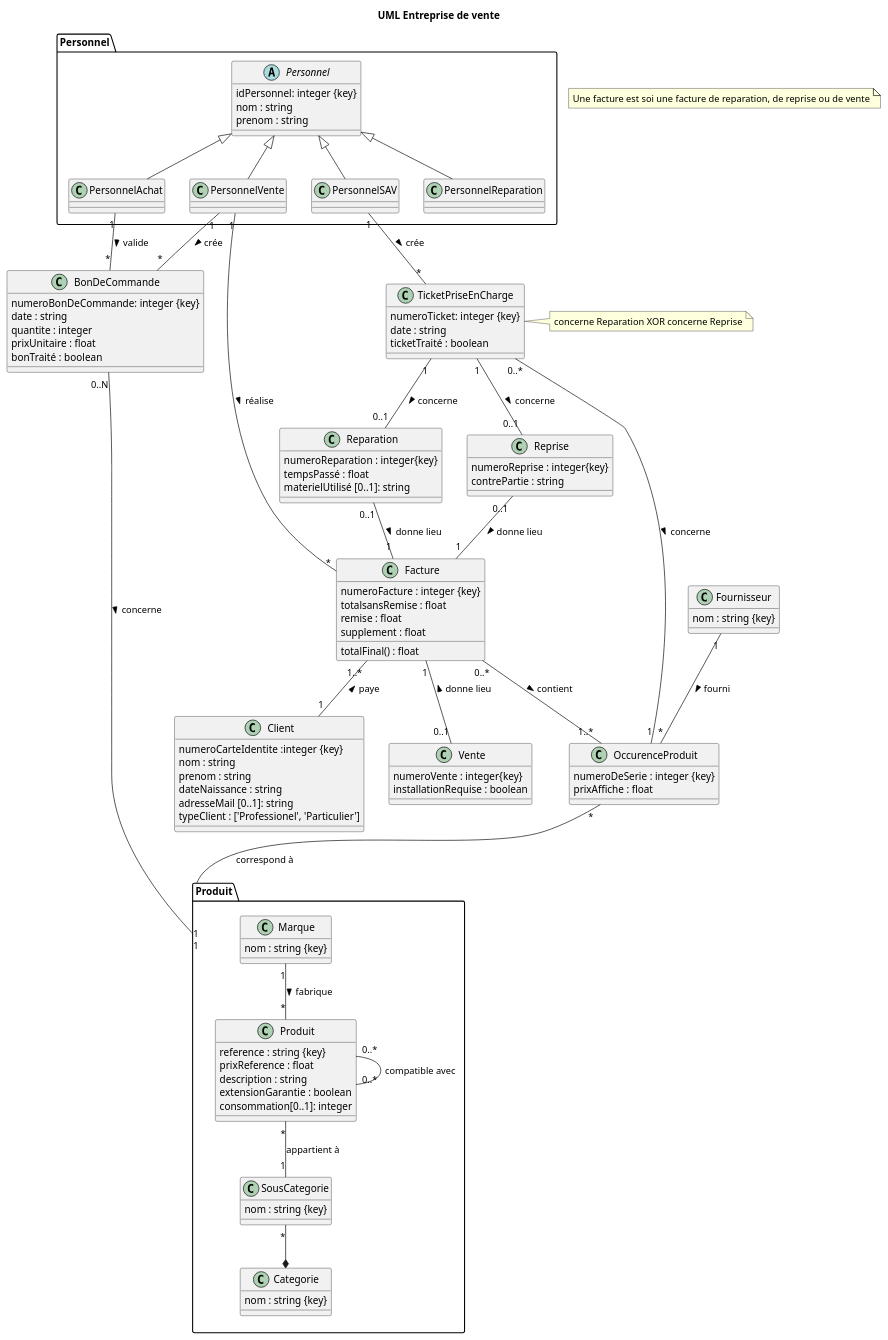
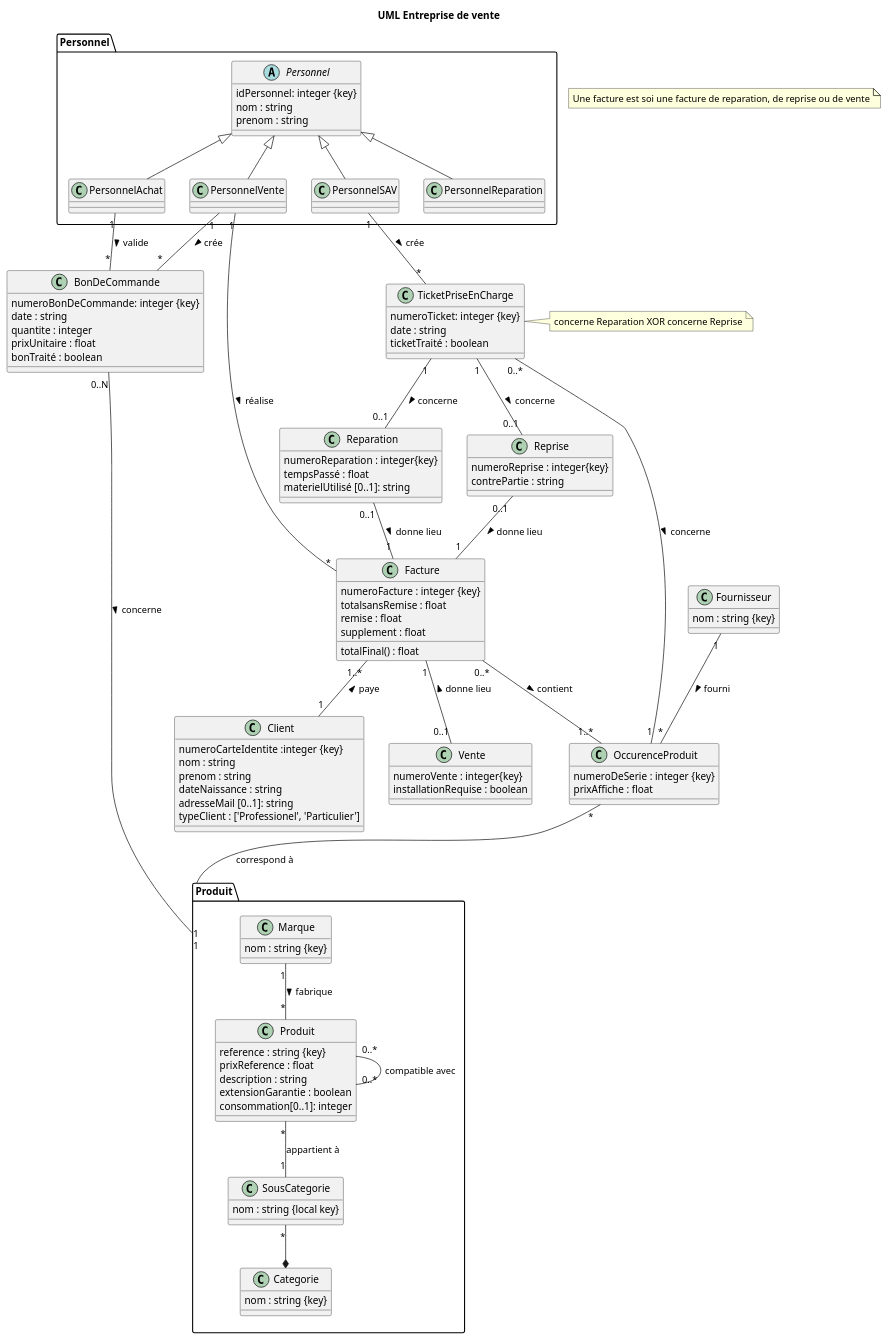
The diagram in MCD.plantuml (mariaidrissi/Entreprise-de-vente), drawn with PlantUML before and after one commit.

Commit message:
Update {local key} sur SousCategorie MCD.plantuml

```diff
--- a/MCD.plantuml
+++ b/MCD.plantuml
@@ -1,147 +1,147 @@
 @startuml
 title UML Entreprise de vente
 
 package Produit {
 
 class Produit {
   reference : string {key}
   prixReference : float
   description : string
   extensionGarantie : boolean
   consommation[0..1]: integer
 }
 
 
 Produit "0..*" --  "0..*" Produit : compatible avec
 
 Marque "1" -- "*" Produit : fabrique >
 
 class Marque {
 	nom : string {key}
 }
 
 class Categorie {
 	nom : string {key}
 }
 
 class SousCategorie {
-	nom : string {key}
+	nom : string {local key}
 }
 
 SousCategorie "*" --* Categorie
 Produit  "*" -- "1" SousCategorie : appartient à
 }
 
 
 class OccurenceProduit {
   numeroDeSerie : integer {key}
   prixAffiche : float
 }
 
 OccurenceProduit  "*" -- "1" Produit : correspond à
 
 class Fournisseur {
 	nom : string {key}
 }
 
 Fournisseur "1" -- "*" OccurenceProduit : fourni >
 
 class Facture {
   numeroFacture : integer {key}
   totalsansRemise : float 
   remise : float
   supplement : float
   totalFinal() : float
 }
 
 
 class Client { 
   numeroCarteIdentite :integer {key}
   nom : string 
   prenom : string 
   dateNaissance : string 
   adresseMail [0..1]: string
   typeClient : ['Professionel', 'Particulier']
 }
 Facture "1..*" -- "1" Client : paye <
 
 Facture "0..*" -- "1..*" OccurenceProduit : contient >
 
 
 package Personnel {
   
 abstract class Personnel {
   idPersonnel: integer {key}
   nom : string 
   prenom : string 
 }
 
 class PersonnelAchat{
 }
 
 class PersonnelVente{
 }
 
 class PersonnelSAV{
 }
 
 class PersonnelReparation{
 }
 
 Personnel <|-- PersonnelAchat
 Personnel <|-- PersonnelVente
 Personnel <|-- PersonnelReparation
 Personnel <|-- PersonnelSAV
 }
 
 PersonnelVente "1" -- "*" Facture : réalise >
 PersonnelSAV "1" -- "*" TicketPriseEnCharge : crée >
 PersonnelAchat "1" -- "*" BonDeCommande : valide >
 PersonnelVente "1" -- "*" BonDeCommande : crée >
 
 class TicketPriseEnCharge {
   numeroTicket: integer {key}
   date : string 
   ticketTraité : boolean
 }
 TicketPriseEnCharge "0..*" -- "1" OccurenceProduit: concerne >
 
 class BonDeCommande {
   numeroBonDeCommande: integer {key}
   date : string
   quantite : integer
   prixUnitaire : float
   bonTraité : boolean
 }
 
 BonDeCommande "0..N" -- "1" Produit: concerne >
 
 class Reparation  {
   numeroReparation : integer{key}
   tempsPassé : float 
   materielUtilisé [0..1]: string
 }
 
 class Reprise  {
   numeroReprise : integer{key}
   contrePartie : string
 }
 
 
 note right of TicketPriseEnCharge
     concerne Reparation XOR concerne Reprise
 end note
 
 note "Une facture est soi une facture de reparation, de reprise ou de vente" as N1
 
 TicketPriseEnCharge "1" -- "0..1" Reparation : concerne >
 Reparation "0..1" -- "1" Facture : donne lieu >
 TicketPriseEnCharge "1" -- "0..1" Reprise : concerne >
 Reprise "0..1" -- "1" Facture : donne lieu >
 
 Facture "1" -- "0..1" Vente : donne lieu <
 class Vente  {
   numeroVente : integer{key}
   installationRequise : boolean 
 }
 @enduml
```
